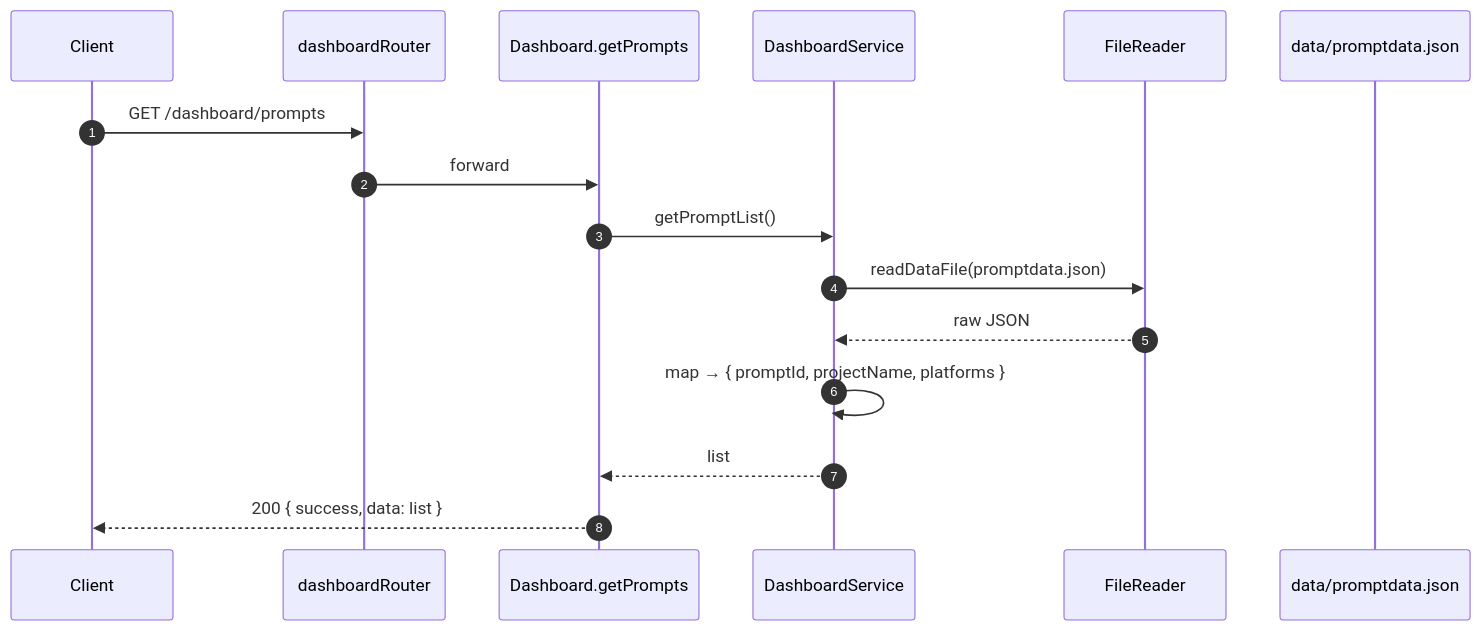
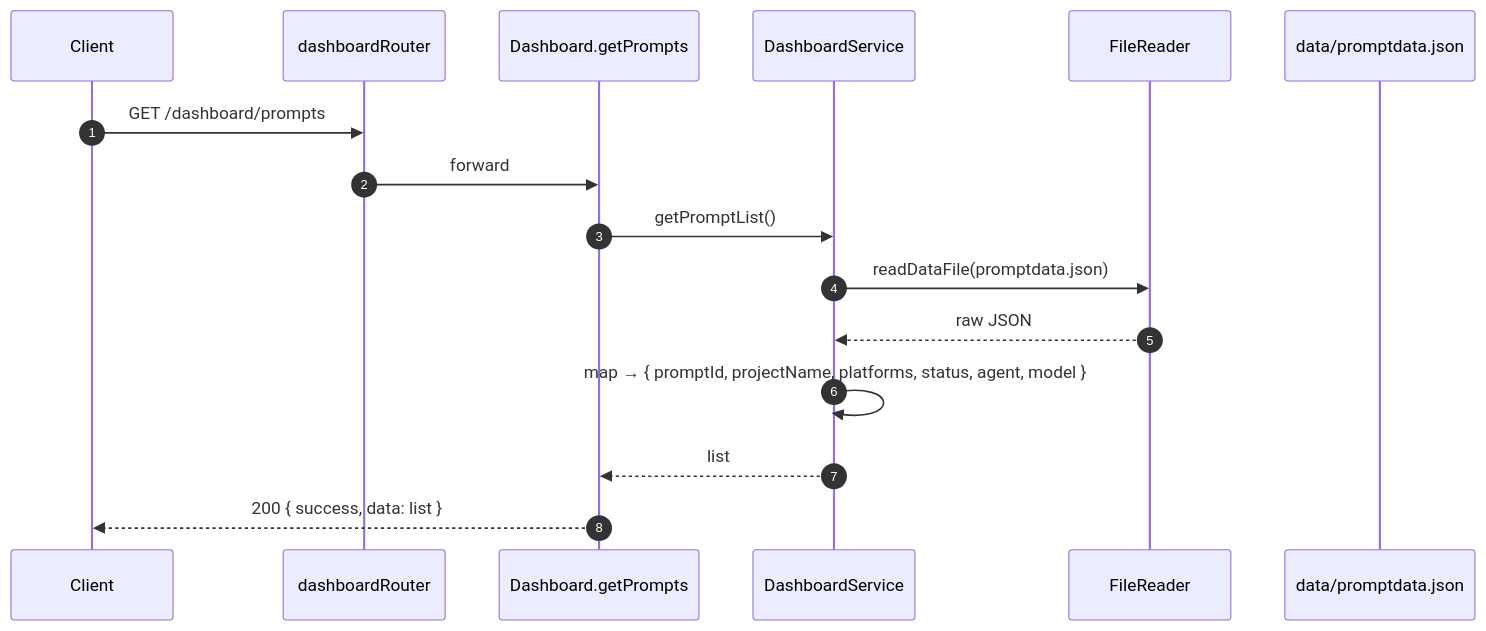
One commit to iamcasperwein/testcase-analysis-and-generator changed the tenth of 17 diagrams in README.md. Above: the diagram before and after it, drawn with Mermaid. The commit also changed other lines of this file and 10 other files, not shown here.

````diff
--- a/README.md
+++ b/README.md
@@ -777,19 +792,19 @@
 ```mermaid
 sequenceDiagram
     autonumber
     participant Client
     participant Router as dashboardRouter
     participant Ctrl as Dashboard.getPrompts
     participant Svc as DashboardService
     participant FR as FileReader
     participant FS as data/promptdata.json
 
     Client->>Router: GET /dashboard/prompts
     Router->>Ctrl: forward
     Ctrl->>Svc: getPromptList()
     Svc->>FR: readDataFile(promptdata.json)
     FR-->>Svc: raw JSON
-    Svc->>Svc: map → { promptId, projectName, platforms }
+    Svc->>Svc: map → { promptId, projectName, platforms, status, agent, model }
     Svc-->>Ctrl: list
     Ctrl-->>Client: 200 { success, data: list }
 ```
````
